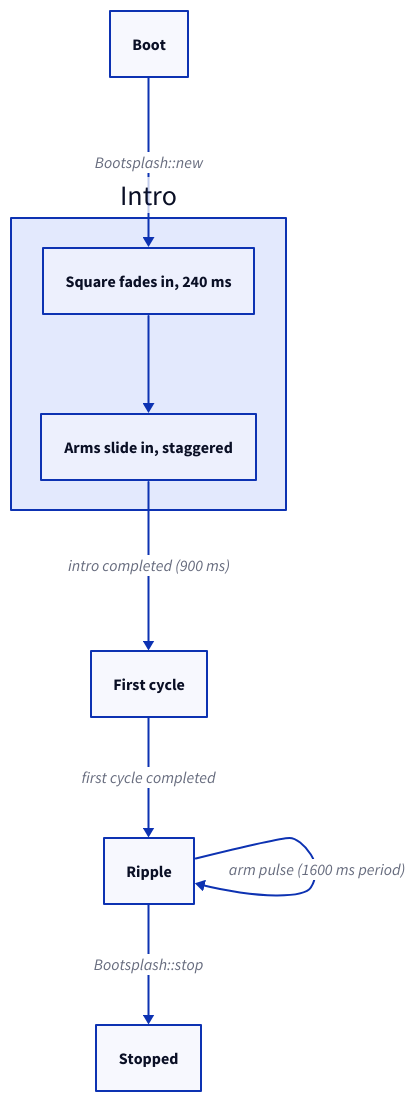
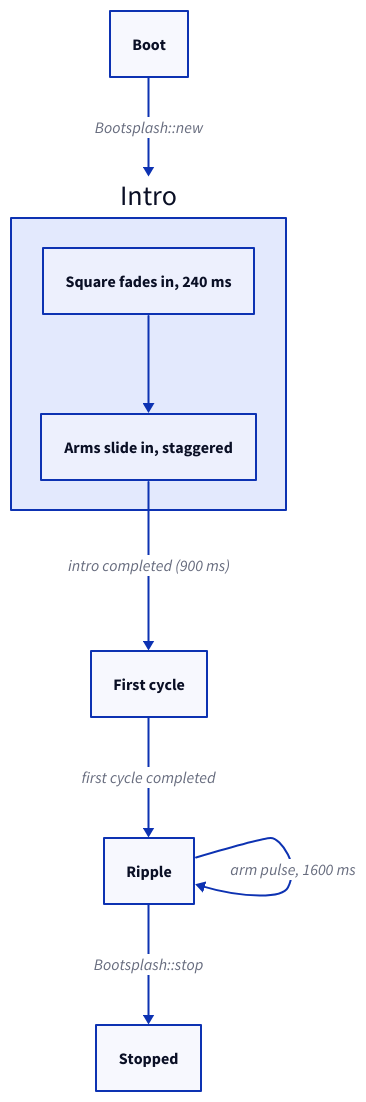
The diagram in src/content/docs/explanation/architecture/libraries/bootsplash.mdx (xila-project/website), drawn with D2 before and after one commit. The commit also changed 6 other files, not shown here.

First line of the commit message:
docs(diagrams): fix review findings on the library diagrams

````diff
--- a/src/content/docs/explanation/architecture/libraries/bootsplash.mdx
+++ b/src/content/docs/explanation/architecture/libraries/bootsplash.mdx
@@ -51,20 +51,20 @@
 ```d2 title="Bootsplash animation state transitions"
 direction: down
 
-boot: Boot { class: io }
+boot: Boot { class: component }
 intro: Intro { class: layer
   direction: right
   square: Square fades in, 240 ms { class: component }
   arms: Arms slide in, staggered { class: component }
   square -> arms
 }
 first_cycle: First cycle { class: component }
 ripple: Ripple { class: component }
-stopped: Stopped { class: io }
+stopped: Stopped { class: component }
 
-boot -> intro.square: Bootsplash::new
+boot -> intro: Bootsplash::new
 intro.arms -> first_cycle: intro completed (900 ms)
 first_cycle -> ripple: first cycle completed
-ripple -> ripple: arm pulse (1600 ms period)
+ripple -> ripple: arm pulse, 1600 ms
 ripple -> stopped: Bootsplash::stop
 ```
````
